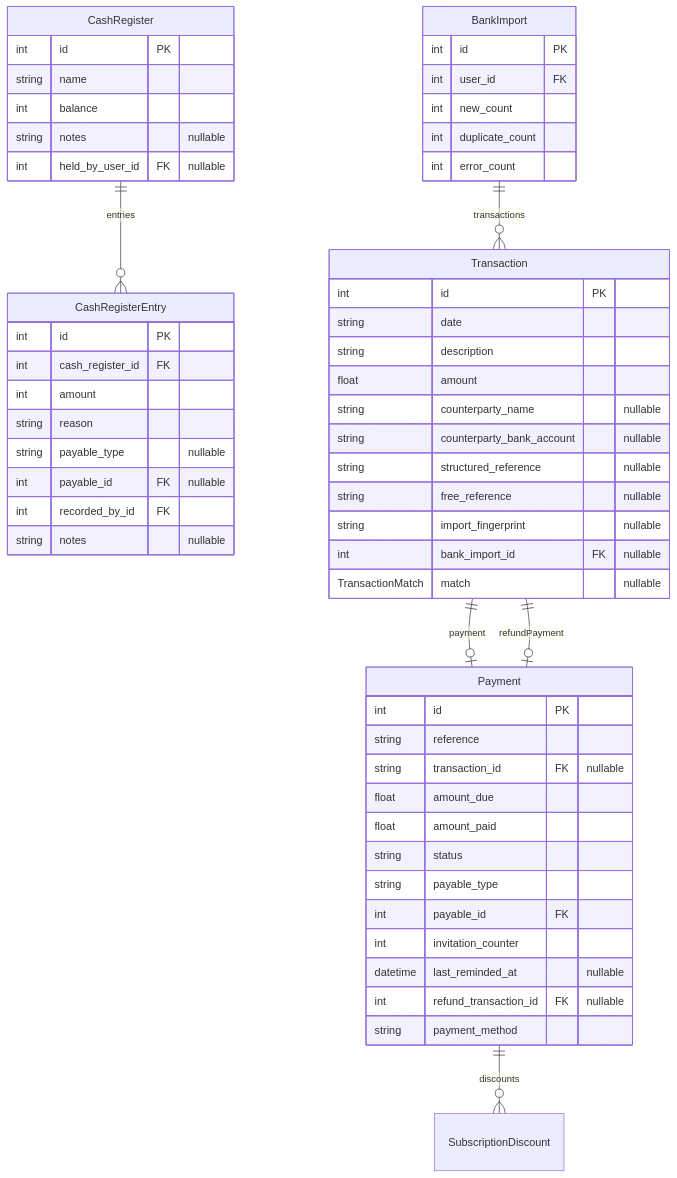
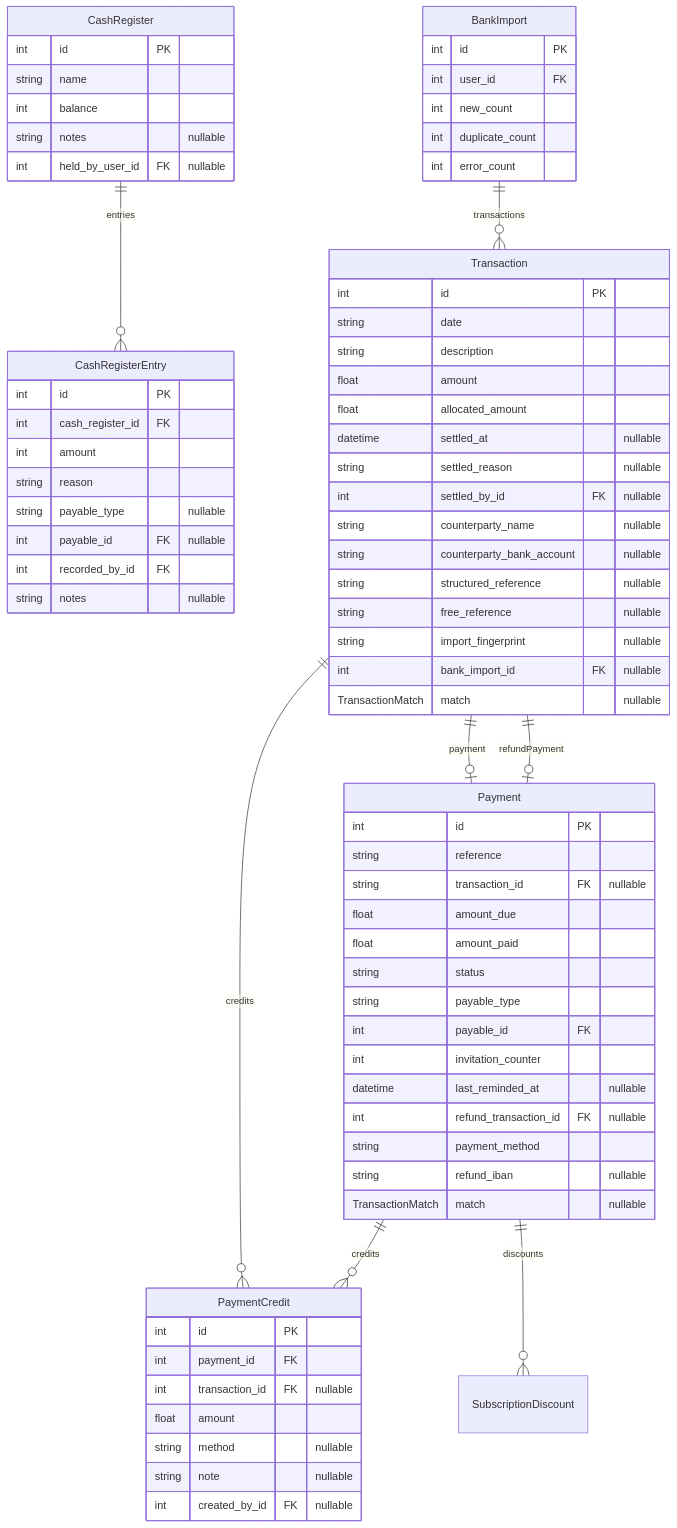
Before and after one commit to Paupoo/tabletennisclub-app: the diagram in docs/erd/clubadmin-payment.md, drawn with Mermaid. The commit also changed 13 other files, not shown here.

````diff
--- a/docs/erd/clubadmin-payment.md
+++ b/docs/erd/clubadmin-payment.md
@@ -3,60 +3,77 @@
 ```mermaid
 erDiagram
     BankImport {
         int id PK
         int user_id FK
         int new_count
         int duplicate_count
         int error_count
     }
     CashRegister {
         int id PK
         string name
         int balance
         string notes "nullable"
         int held_by_user_id FK "nullable"
     }
     CashRegisterEntry {
         int id PK
         int cash_register_id FK
         int amount
         string reason
         string payable_type "nullable"
         int payable_id FK "nullable"
         int recorded_by_id FK
         string notes "nullable"
     }
     Payment {
         int id PK
         string reference
         string transaction_id FK "nullable"
         float amount_due
         float amount_paid
         string status
         string payable_type
         int payable_id FK
         int invitation_counter
         datetime last_reminded_at "nullable"
         int refund_transaction_id FK "nullable"
         string payment_method
+        string refund_iban "nullable"
+        TransactionMatch match "nullable"
+    }
+    PaymentCredit {
+        int id PK
+        int payment_id FK
+        int transaction_id FK "nullable"
+        float amount
+        string method "nullable"
+        string note "nullable"
+        int created_by_id FK "nullable"
     }
     Transaction {
         int id PK
         string date
         string description
         float amount
+        float allocated_amount
+        datetime settled_at "nullable"
+        string settled_reason "nullable"
+        int settled_by_id FK "nullable"
         string counterparty_name "nullable"
         string counterparty_bank_account "nullable"
         string structured_reference "nullable"
         string free_reference "nullable"
         string import_fingerprint "nullable"
         int bank_import_id FK "nullable"
         TransactionMatch match "nullable"
     }
 
     BankImport ||--o{ Transaction : "transactions"
     CashRegister ||--o{ CashRegisterEntry : "entries"
+    Payment ||--o{ PaymentCredit : "credits"
     Payment ||--o{ SubscriptionDiscount : "discounts"
+    Transaction ||--o{ PaymentCredit : "credits"
     Transaction ||--o| Payment : "payment"
     Transaction ||--o| Payment : "refundPayment"
 ```
````
